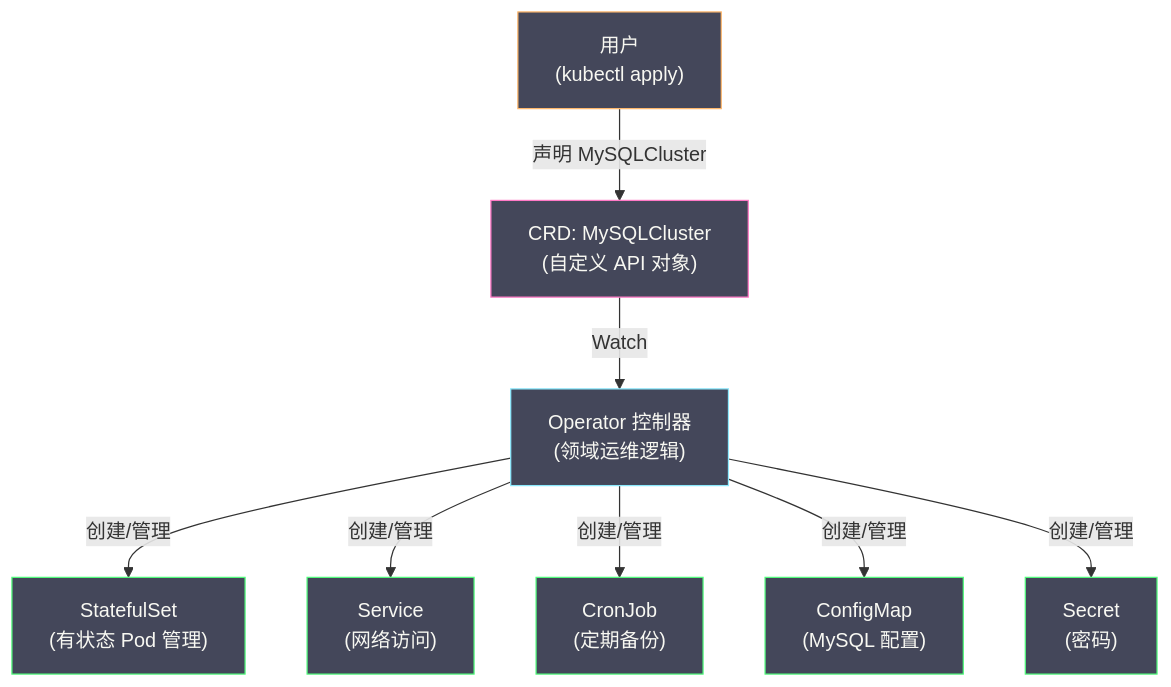
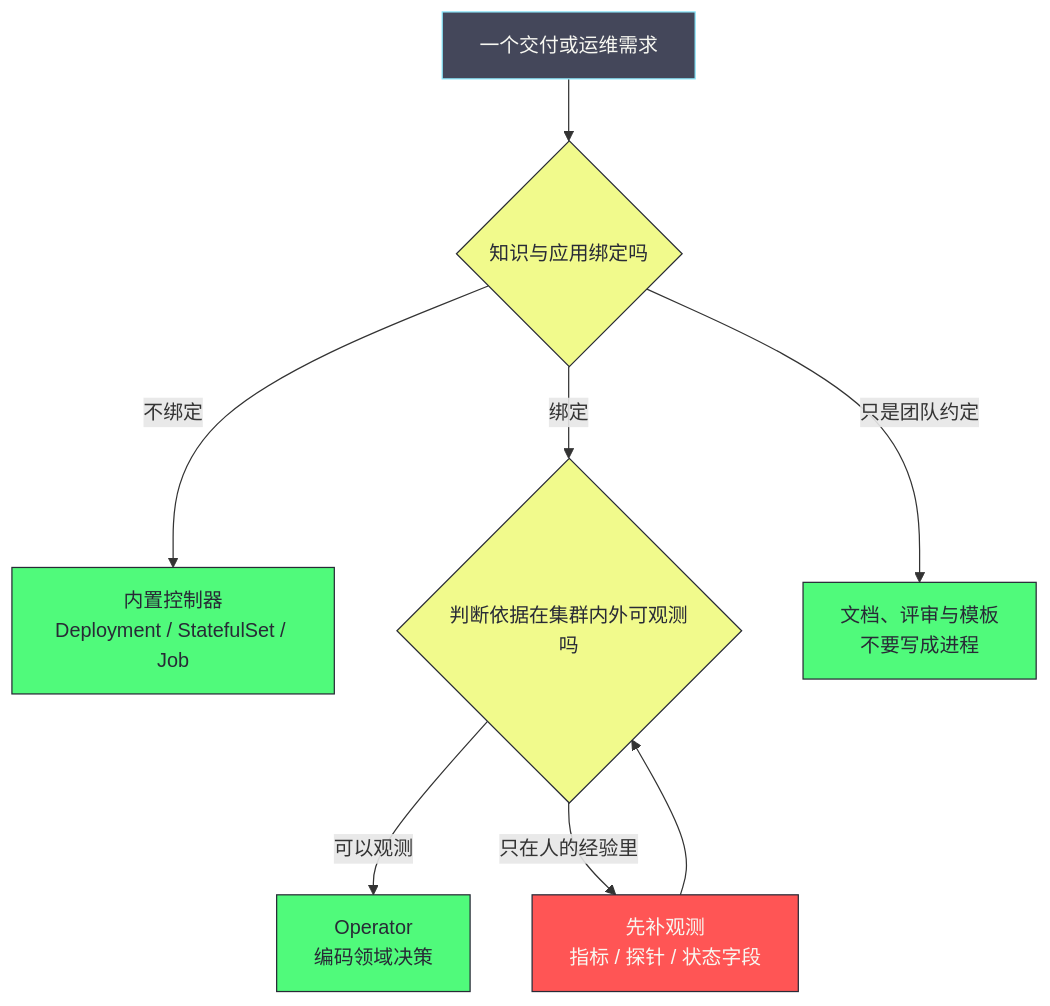
Before and after one commit to hpliStartAgain/my-brain: the first of 6 diagrams in content/云原生/Kubernetes/kubernetes控制器和调度器/06 Operator 模式与自定义控制器.md, drawn with Mermaid. The commit also changed other lines of this file and 259 other files, not shown here.

````diff
--- a/content/云原生/Kubernetes/kubernetes控制器和调度器/06 Operator 模式与自定义控制器.md
+++ b/content/云原生/Kubernetes/kubernetes控制器和调度器/06 Operator 模式与自定义控制器.md
@@ -61,21 +52,20 @@
 ```mermaid
 %%{init: {'theme': 'dracula'}}%%
 graph TD
-    USER["用户</br>(kubectl apply)"] -->|"声明 MySQLCluster"| CRD["CRD: MySQLCluster</br>(自定义 API 对象)"]
-    CRD -->|"Watch"| OP["Operator 控制器</br>(领域运维逻辑)"]
-    OP -->|"创建/管理"| STS["StatefulSet</br>(有状态 Pod 管理)"]
-    OP -->|"创建/管理"| SVC["Service</br>(网络访问)"]
-    OP -->|"创建/管理"| CJ["CronJob</br>(定期备份)"]
-    OP -->|"创建/管理"| CM["ConfigMap</br>(MySQL 配置)"]
-    OP -->|"创建/管理"| SEC["Secret</br>(密码)"]
+    NEED["一个交付或运维需求"] --> Q1{"知识与应用绑定吗"}
+    Q1 -->|"不绑定"| BUILTIN["内置控制器<br/>Deployment / StatefulSet / Job"]
+    Q1 -->|"绑定"| Q2{"判断依据在集群内外可观测吗"}
+    Q2 -->|"可以观测"| OP["Operator<br/>编码领域决策"]
+    Q2 -->|"只在人的经验里"| FIRST["先补观测<br/>指标 / 探针 / 状态字段"]
+    FIRST --> Q2
+    Q1 -->|"只是团队约定"| DOC["文档、评审与模板<br/>不要写成进程"]
 
-    classDef user fill:#44475a,stroke:#ffb86c,color:#f8f8f2
-    classDef crd fill:#44475a,stroke:#ff79c6,color:#f8f8f2
-    classDef op fill:#44475a,stroke:#8be9fd,color:#f8f8f2
-    classDef res fill:#44475a,stroke:#50fa7b,color:#f8f8f2
-
-    class USER user
-    class CRD crd
-    class OP op
-    class STS,SVC,CJ,CM,SEC res
+    classDef need fill:#44475a,stroke:#8be9fd,color:#f8f8f2
+    classDef dec fill:#f1fa8c,stroke:#282a36,color:#282a36
+    classDef good fill:#50fa7b,stroke:#282a36,color:#282a36
+    classDef hold fill:#ff5555,stroke:#282a36,color:#f8f8f2
+    class NEED need
+    class Q1,Q2 dec
+    class BUILTIN,OP,DOC good
+    class FIRST hold
 ```
````
